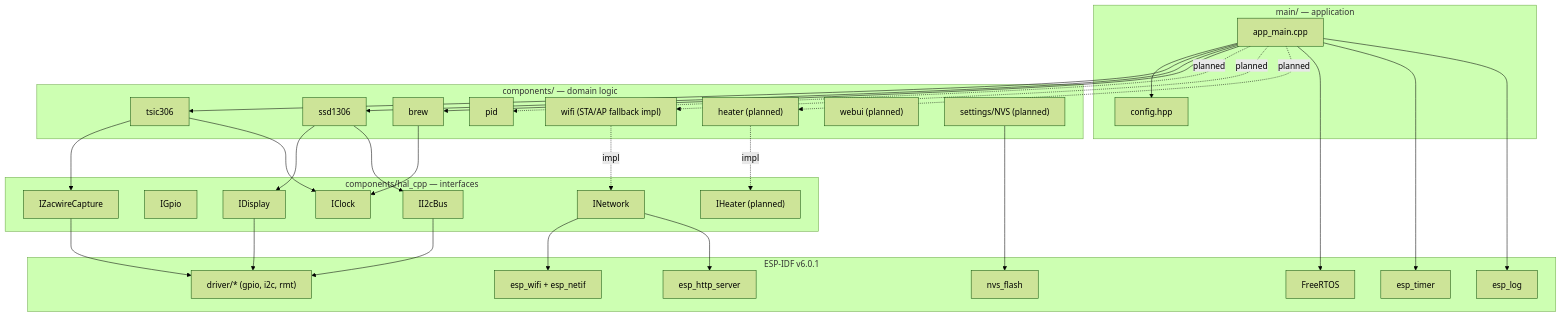
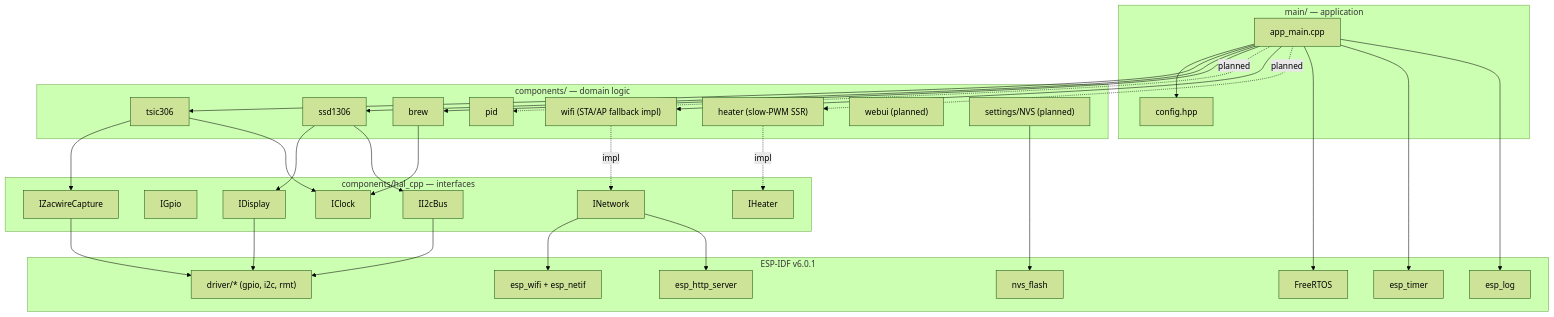
One commit to kYc0o/espid-coffee changed the first of 3 diagrams in ARCHITECTURE.md. Above: the diagram before and after it, drawn with Mermaid (forest theme). The commit also changed other lines of this file and 8 other files, not shown here.

First line of the commit message:
feat(heater): add IHeater and slow-PWM SSR driver

````diff
--- a/ARCHITECTURE.md
+++ b/ARCHITECTURE.md
@@ -85,64 +85,64 @@
 ```mermaid
 flowchart TB
     subgraph App["main/ — application"]
         APP_MAIN["app_main.cpp"]
         CFG["config.hpp"]
     end
 
     subgraph Components["components/ — domain logic"]
         TSIC["tsic306"]
         SSD["ssd1306"]
         BREW["brew"]
         PID["pid"]
       WIFI["wifi (STA/AP fallback impl)"]
-        HEAT["heater (planned)"]
+        HEAT["heater (slow-PWM SSR)"]
         HTTPSVC["webui (planned)"]
         NVS["settings/NVS (planned)"]
     end
 
     subgraph HAL["components/hal_cpp — interfaces"]
         ICLK["IClock"]
         IGPIO["IGpio"]
         II2C["II2cBus"]
         IZAC["IZacwireCapture"]
         IDSP["IDisplay"]
         INET["INetwork"]
-        IHEAT["IHeater (planned)"]
+        IHEAT["IHeater"]
     end
 
     subgraph IDF["ESP-IDF v6.0.1"]
         FRTOS["FreeRTOS"]
         DRV["driver/* (gpio, i2c, rmt)"]
         ESPWIFI["esp_wifi + esp_netif"]
         HTTPD["esp_http_server"]
         ESPNVS["nvs_flash"]
         TIMER["esp_timer"]
         LOG["esp_log"]
     end
 
     APP_MAIN --> CFG
     APP_MAIN --> TSIC
     APP_MAIN --> SSD
     APP_MAIN --> BREW
     APP_MAIN -. planned .-> PID
-    APP_MAIN -. planned .-> WIFI
+    APP_MAIN --> WIFI
     APP_MAIN -. planned .-> HEAT
 
     TSIC --> IZAC
     TSIC --> ICLK
     SSD --> IDSP
     SSD --> II2C
     BREW --> ICLK
     WIFI -. impl .-> INET
     HEAT -. impl .-> IHEAT
 
     IZAC --> DRV
     IDSP --> DRV
     II2C --> DRV
     INET --> ESPWIFI
     INET --> HTTPD
     APP_MAIN --> FRTOS
     APP_MAIN --> TIMER
     APP_MAIN --> LOG
     NVS --> ESPNVS
 ```
````
